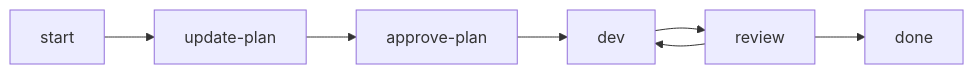
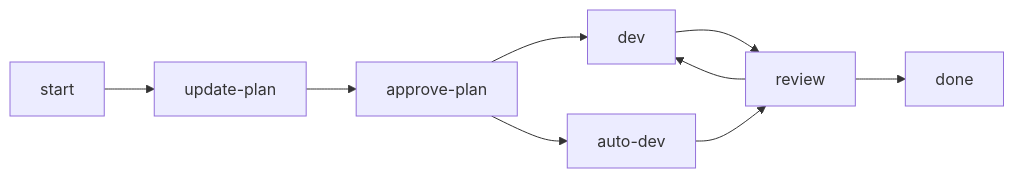
Before and after one commit to cryptowizard0/DevFlow: the third of 3 diagrams in README.md, drawn with Mermaid. The commit also changed other lines of this file and 14 other files, not shown here.

Commit message:
Add optional auto-dev loop support to DevFlow

````diff
--- a/README.md
+++ b/README.md
@@ -190,9 +192,11 @@
 ```mermaid
 flowchart LR
     S["start"] --> P["update-plan"]
     P --> A["approve-plan"]
     A --> D["dev"]
+    A --> AD["auto-dev"]
     D --> R["review"]
+    AD --> R
     R --> D
     R --> F["done"]
 ```
````
